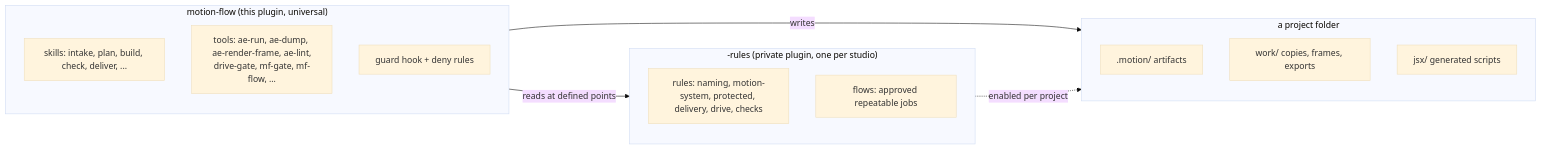
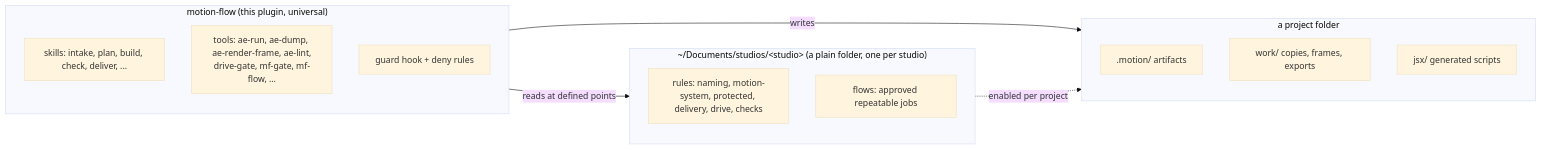
One commit to GopkoDev/motion-flow changed the second of 4 diagrams in README.md. Above: the diagram before and after it, drawn with Mermaid (base theme). The commit also changed other lines of this file and 34 other files, not shown here.

First line of the commit message:
v0.1.2: studio rules from a folder (#6) and contact sheet for check frames (#5) (#8)

````diff
--- a/README.md
+++ b/README.md
@@ -65,20 +65,20 @@
 ```mermaid
 flowchart LR
     subgraph ENGINE["motion-flow (this plugin, universal)"]
         S["skills: intake, plan, build, check, deliver, ..."]
         TL["tools: ae-run, ae-dump, ae-render-frame, ae-lint,<br/>drive-gate, mf-gate, mf-flow, ..."]
         HK["guard hook + deny rules"]
     end
-    subgraph RULES["<studio>-rules (private plugin, one per studio)"]
+    subgraph RULES["~/Documents/studios/&lt;studio&gt; (a plain folder, one per studio)"]
         R["rules: naming, motion-system, protected, delivery, drive, checks"]
         F["flows: approved repeatable jobs"]
     end
     subgraph PROJECT["a project folder"]
         M[".motion/ artifacts"]
         W["work/ copies, frames, exports"]
         J["jsx/ generated scripts"]
     end
     ENGINE -->|reads at defined points| RULES
     ENGINE -->|writes| PROJECT
     RULES -.->|enabled per project| PROJECT
 ```
````
